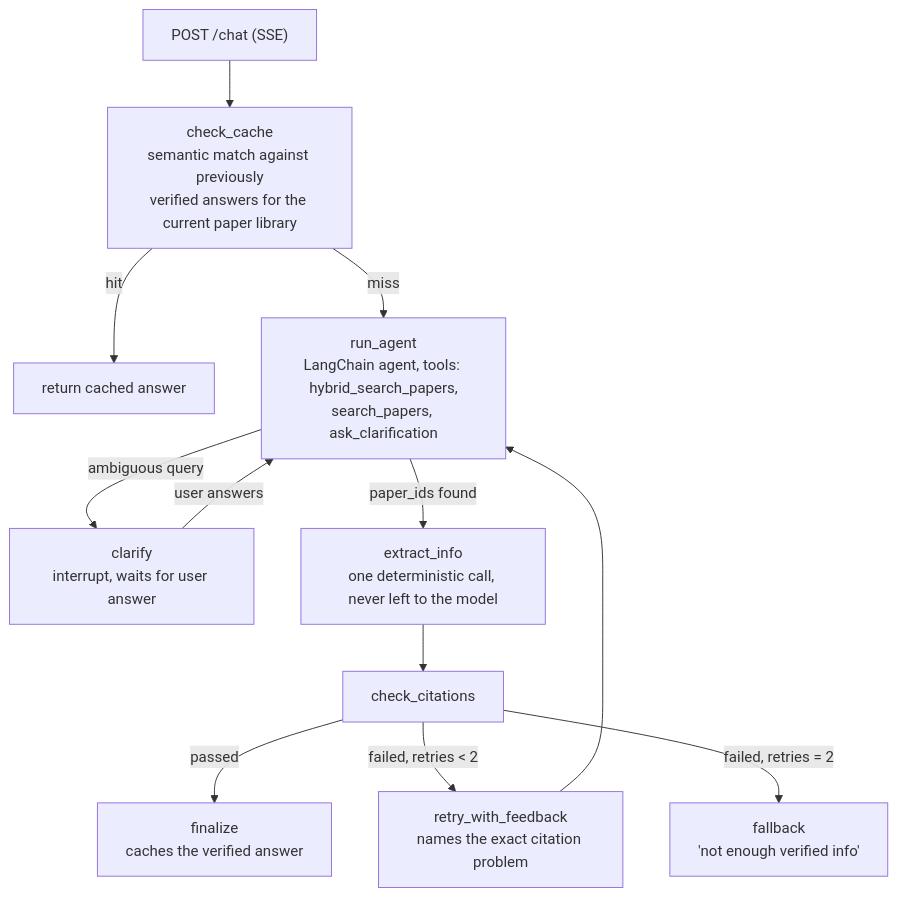
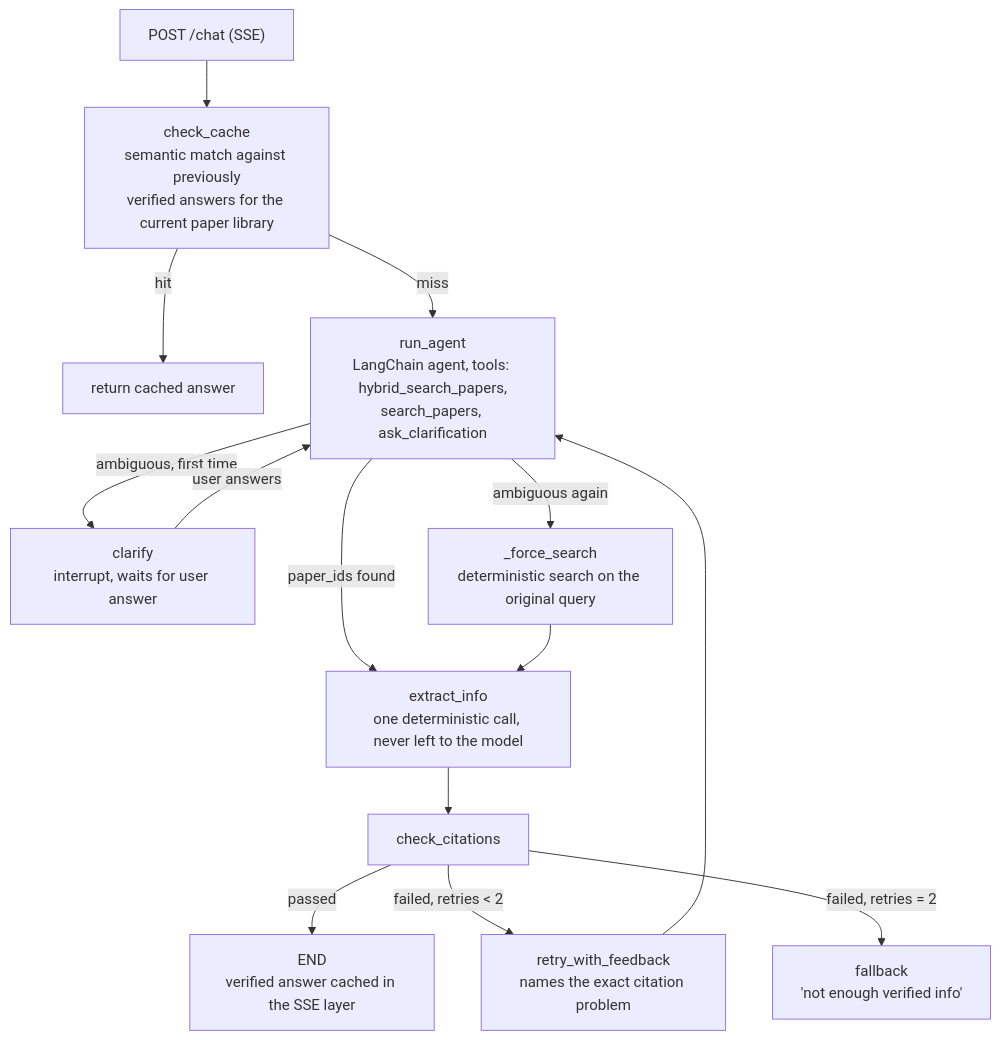
One commit to AnuradhaBhanout/Footnote changed the diagram in README.md. Above: the diagram before and after it, drawn with Mermaid. The commit also changed other lines of this file, not shown here.

````diff
--- a/README.md
+++ b/README.md
@@ -9,14 +18,16 @@
 ```mermaid
 flowchart TD
     A["POST /chat (SSE)"] --> B["check_cache<br/>semantic match against previously<br/>verified answers for the current paper library"]
     B -- hit --> C[return cached answer]
     B -- miss --> D["run_agent<br/>LangChain agent, tools: hybrid_search_papers,<br/>search_papers, ask_clarification"]
-    D -- ambiguous query --> E["clarify<br/>interrupt, waits for user answer"]
+    D -- "ambiguous, first time" --> E["clarify<br/>interrupt, waits for user answer"]
+    D -- "ambiguous again" --> K["_force_search<br/>deterministic search on the original query"]
     D -- paper_ids found --> F["extract_info<br/>one deterministic call, never left to the model"]
     E -- user answers --> D
+    K --> F
     F --> G[check_citations]
-    G -- passed --> H["finalize<br/>caches the verified answer"]
+    G -- passed --> H["END<br/>verified answer cached in the SSE layer"]
     G -- "failed, retries < 2" --> I["retry_with_feedback<br/>names the exact citation problem"]
     G -- "failed, retries = 2" --> J["fallback<br/>'not enough verified info'"]
     I --> D
 ```
````
